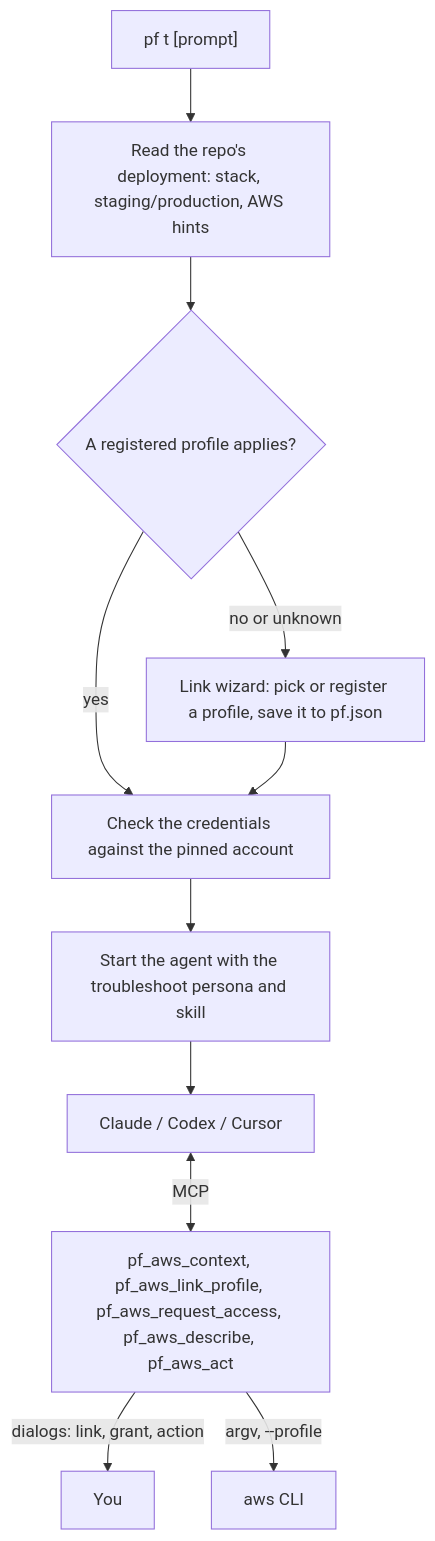
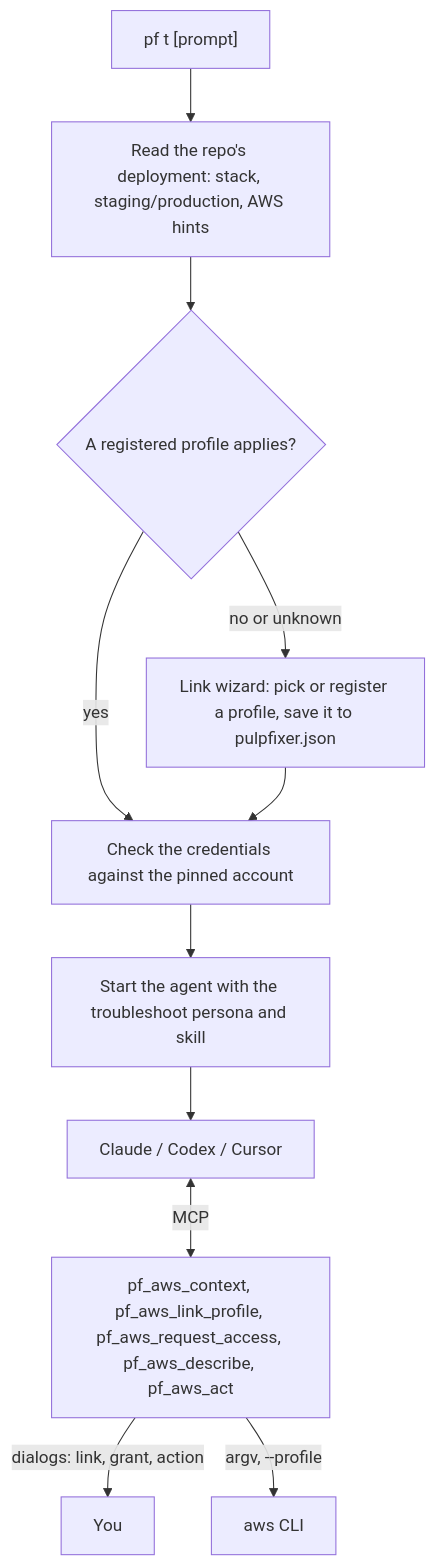
One commit to maxispecs/pf changed the diagram in packages/docs/content/agent/troubleshoot.mdx. Above: the diagram before and after it, drawn with Mermaid. The commit also changed other lines of this file and 70 other files, not shown here.

````diff
--- a/packages/docs/content/agent/troubleshoot.mdx
+++ b/packages/docs/content/agent/troubleshoot.mdx
@@ -21,13 +21,13 @@
 ```mermaid
 flowchart TD
   start["pf t [prompt]"] --> detect["Read the repo's deployment: stack, staging/production, AWS hints"]
   detect --> resolve{"A registered profile applies?"}
   resolve -->|yes| check["Check the credentials against the pinned account"]
-  resolve -->|"no or unknown"| wizard["Link wizard: pick or register a profile, save it to pf.json"]
+  resolve -->|"no or unknown"| wizard["Link wizard: pick or register a profile, save it to pulpfixer.json"]
   wizard --> check
   check --> launch["Start the agent with the troubleshoot persona and skill"]
   launch --> agent["Claude / Codex / Cursor"]
   agent <-->|MCP| tools["pf_aws_context, pf_aws_link_profile, pf_aws_request_access, pf_aws_describe, pf_aws_act"]
   tools -->|"dialogs: link, grant, action"| user[You]
   tools -->|"argv, --profile"| aws["aws CLI"]
 ```
````
